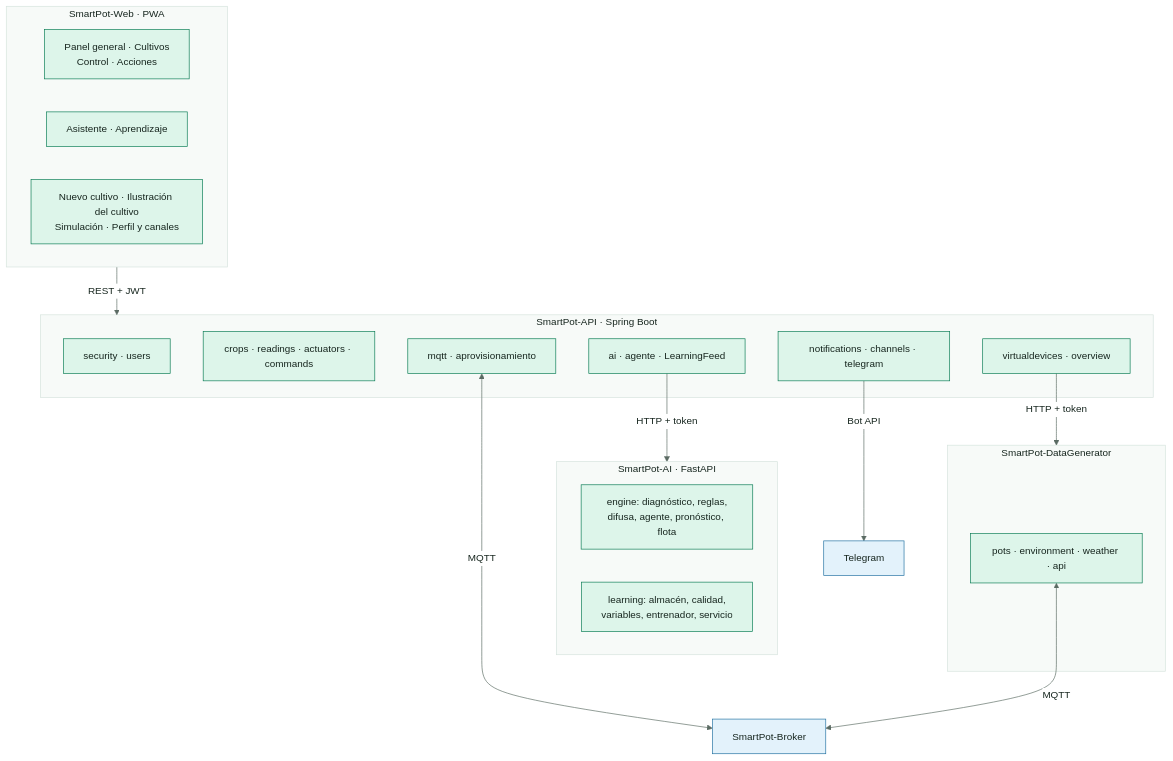
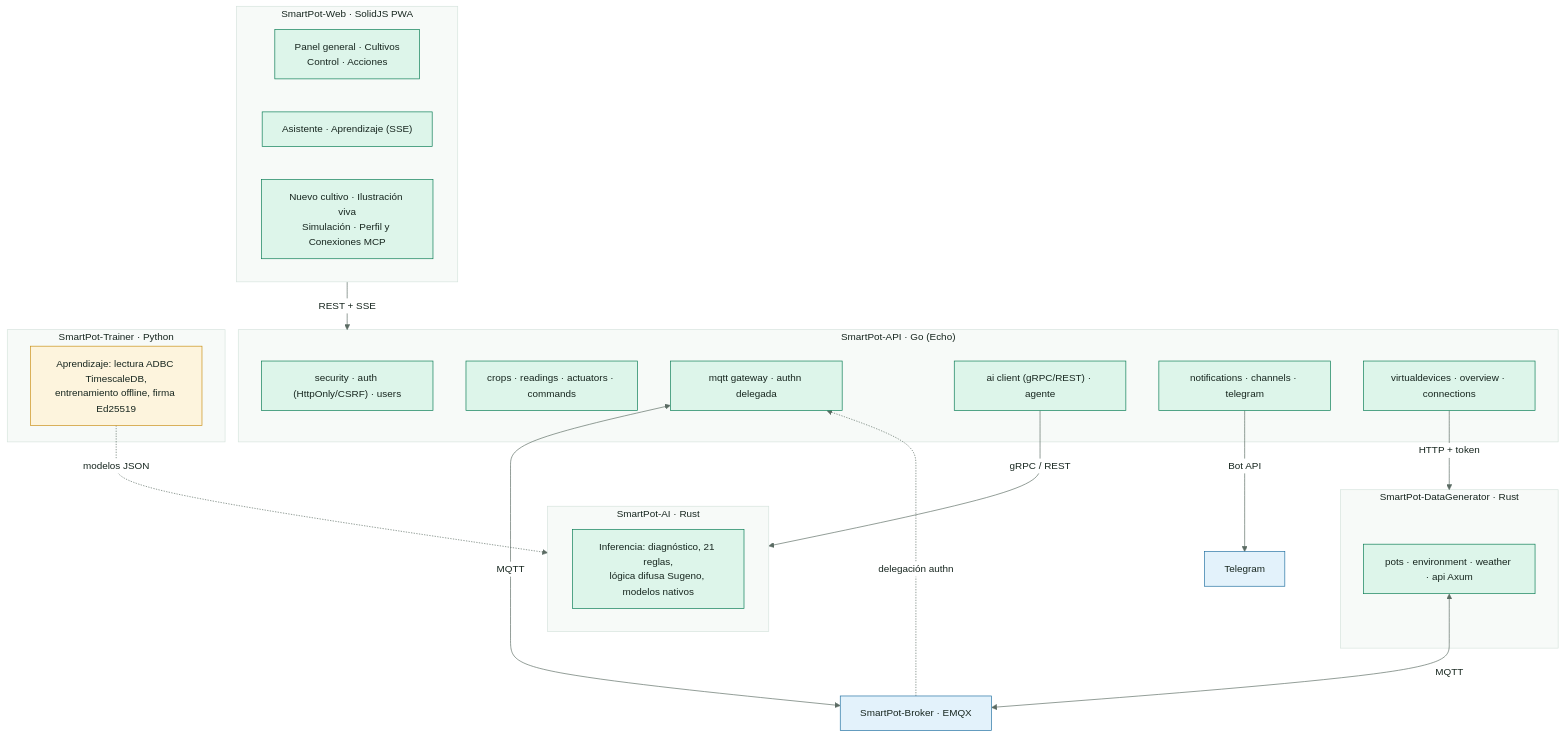
Before and after one commit to SmartPotTech/.github: the diagram in docs/diagrams/SmartPot_12_Components.mmd, drawn with Mermaid. The commit also changed 21 other files, not shown here.

Commit message:
Update platform documentation and architecture diagrams for production Stack B [skip deploy] #no-deploy

```diff
--- a/docs/diagrams/SmartPot_12_Components.mmd
+++ b/docs/diagrams/SmartPot_12_Components.mmd
@@ -1,32 +1,38 @@
 %%{init: {"theme": "base", "fontFamily": "Segoe UI, Arial, sans-serif", "themeVariables": {"fontFamily": "Segoe UI, Arial, sans-serif", "fontSize": "15px", "primaryColor": "#DDF5EA", "primaryTextColor": "#17261F", "primaryBorderColor": "#067A52", "secondaryColor": "#E3F2FB", "secondaryTextColor": "#17261F", "secondaryBorderColor": "#1F6FA0", "tertiaryColor": "#F2F7F4", "tertiaryTextColor": "#17261F", "tertiaryBorderColor": "#D5E3DC", "lineColor": "#5B6B63", "textColor": "#17261F", "mainBkg": "#DDF5EA", "nodeBorder": "#067A52", "clusterBkg": "#F7FAF8", "clusterBorder": "#D5E3DC", "edgeLabelBackground": "#FFFFFF", "actorBkg": "#067A52", "actorBorder": "#0B3D2B", "actorTextColor": "#FFFFFF", "actorLineColor": "#5B6B63", "signalColor": "#17261F", "signalTextColor": "#17261F", "labelBoxBkgColor": "#0B3D2B", "labelBoxBorderColor": "#0B3D2B", "labelTextColor": "#FFFFFF", "loopTextColor": "#0B3D2B", "noteBkgColor": "#FDF4DD", "noteBorderColor": "#C98D12", "noteTextColor": "#17261F", "activationBkgColor": "#DDF5EA", "activationBorderColor": "#067A52", "attributeBackgroundColorOdd": "#FFFFFF", "attributeBackgroundColorEven": "#F2F7F4"}}}%%
 flowchart TB
-  subgraph web["SmartPot-Web · PWA"]
+  subgraph web["SmartPot-Web · SolidJS PWA"]
     w1["Panel general · Cultivos<br/>Control · Acciones"]
-    w2["Asistente · Aprendizaje"]
-    w3["Nuevo cultivo · Ilustración del cultivo<br/>Simulación · Perfil y canales"]
+    w2["Asistente · Aprendizaje (SSE)"]
+    w3["Nuevo cultivo · Ilustración viva<br/>Simulación · Perfil y Conexiones MCP"]
   end
-  subgraph api["SmartPot-API · Spring Boot"]
-    a1["security · users"]
+  subgraph api["SmartPot-API · Go (Echo)"]
+    a1["security · auth (HttpOnly/CSRF) · users"]
     a2["crops · readings · actuators · commands"]
-    a3["mqtt · aprovisionamiento"]
-    a4["ai · agente · LearningFeed"]
+    a3["mqtt gateway · authn delegada"]
+    a4["ai client (gRPC/REST) · agente"]
     a5["notifications · channels · telegram"]
-    a6["virtualdevices · overview"]
+    a6["virtualdevices · overview · connections"]
   end
-  subgraph ai["SmartPot-AI · FastAPI"]
-    i1["engine: diagnóstico, reglas,<br/>difusa, agente, pronóstico, flota"]
-    i2["learning: almacén, calidad,<br/>variables, entrenador, servicio"]
+  subgraph ai["SmartPot-AI · Rust"]
+    i1["Inferencia: diagnóstico, 21 reglas,<br/>lógica difusa Sugeno, modelos nativos"]
   end
-  subgraph sim["SmartPot-DataGenerator"]
-    s1["pots · environment · weather · api"]
+  subgraph trainer["SmartPot-Trainer · Python"]
+    t1["Aprendizaje: lectura ADBC TimescaleDB,<br/>entrenamiento offline, firma Ed25519"]
   end
-  web -->|"REST + JWT"| api
-  a3 <-->|"MQTT"| broker["SmartPot-Broker"]
+  subgraph sim["SmartPot-DataGenerator · Rust"]
+    s1["pots · environment · weather · api Axum"]
+  end
+  web -->|"REST + SSE"| api
+  a3 <-->|"MQTT"| broker["SmartPot-Broker · EMQX"]
+  broker -.->|"delegación authn"| a3
   s1 <-->|"MQTT"| broker
-  a4 -->|"HTTP + token"| ai
+  a4 -->|"gRPC / REST"| ai
+  t1 -.->|"modelos JSON"| ai
   a6 -->|"HTTP + token"| sim
   a5 -->|"Bot API"| tg["Telegram"]
   classDef box fill:#DDF5EA,stroke:#067A52,color:#17261F
   classDef ext fill:#E3F2FB,stroke:#1F6FA0,color:#17261F
-  class w1,w2,w3,a1,a2,a3,a4,a5,a6,i1,i2,s1 box
+  classDef train fill:#FDF4DD,stroke:#C98D12,color:#17261F
+  class w1,w2,w3,a1,a2,a3,a4,a5,a6,i1,s1 box
+  class t1 train
   class broker,tg ext
```
